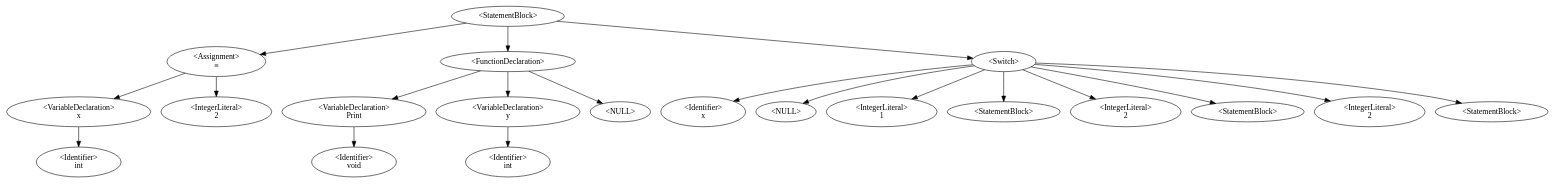
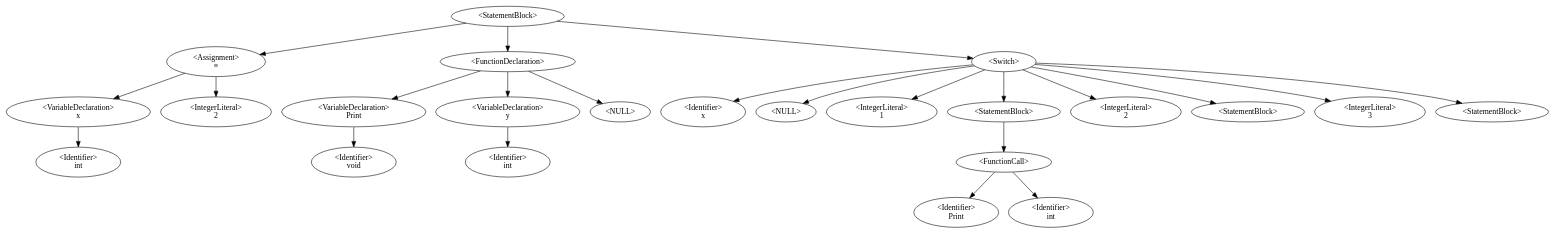
The diagram in Dino/Dino/AstDisplay.gv (QazmoQwerty/dino), drawn with Graphviz before and after one commit. The commit also changed 6 other files, not shown here.

```diff
--- a/Dino/Dino/AstDisplay.gv
+++ b/Dino/Dino/AstDisplay.gv
@@ -1,20 +1,23 @@
 digraph G {
 0 [label="<StatementBlock>"];0->3;0->7;0->10;
 3 [label="<Assignment>\n≡"];3->2;3->4;
 2 [label="<VariableDeclaration>\nx"];2->1;
 1 [label="<Identifier>\nint"];
 4 [label="<IntegerLiteral>\n2"];
 7 [label="<FunctionDeclaration>\n"];7->6;7->9;7->-1;-1 [label="<NULL>"];
 6 [label="<VariableDeclaration>\nPrint"];6->5;
 5 [label="<Identifier>\nvoid"];
 9 [label="<VariableDeclaration>\ny"];9->8;
 8 [label="<Identifier>\nint"];
-10 [label="<Switch>"];10->11;10->-2;-2 [label="<NULL>"];10->12;10->13;10->14;10->15;10->16;10->17;
+10 [label="<Switch>"];10->11;10->-2;-2 [label="<NULL>"];10->12;10->13;10->17;10->18;10->19;10->20;
 11 [label="<Identifier>\nx"];
 12 [label="<IntegerLiteral>\n1"];
-13 [label="<StatementBlock>"];
-14 [label="<IntegerLiteral>\n2"];
-15 [label="<StatementBlock>"];
-16 [label="<IntegerLiteral>\n2"];
-17 [label="<StatementBlock>"];
+13 [label="<StatementBlock>"];13->15;
+15 [label="<FunctionCall>\n"];15->14;15->16;
+14 [label="<Identifier>\nPrint"];
+16 [label="<Identifier>\nint"];
+17 [label="<IntegerLiteral>\n2"];
+18 [label="<StatementBlock>"];
+19 [label="<IntegerLiteral>\n3"];
+20 [label="<StatementBlock>"];
 }
```
